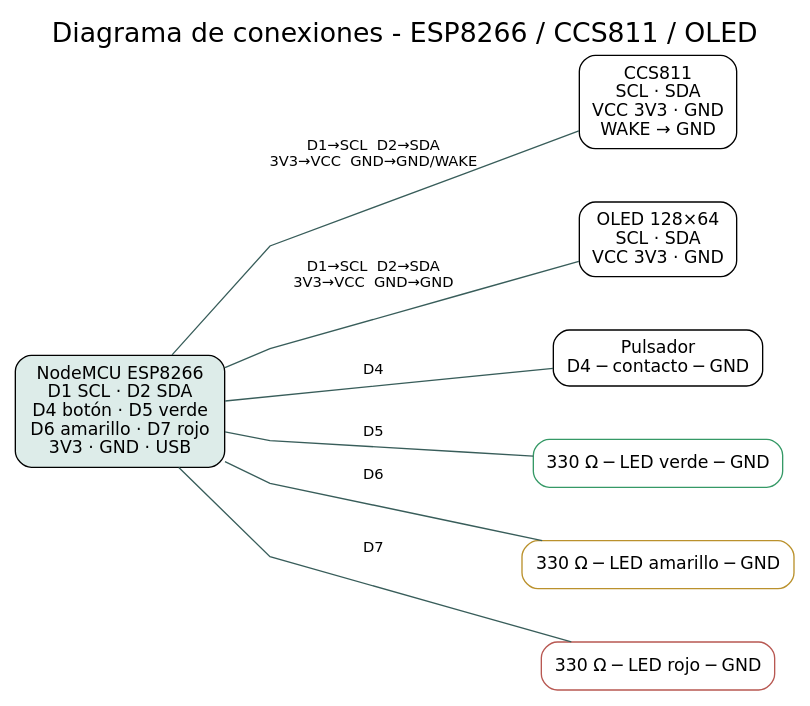
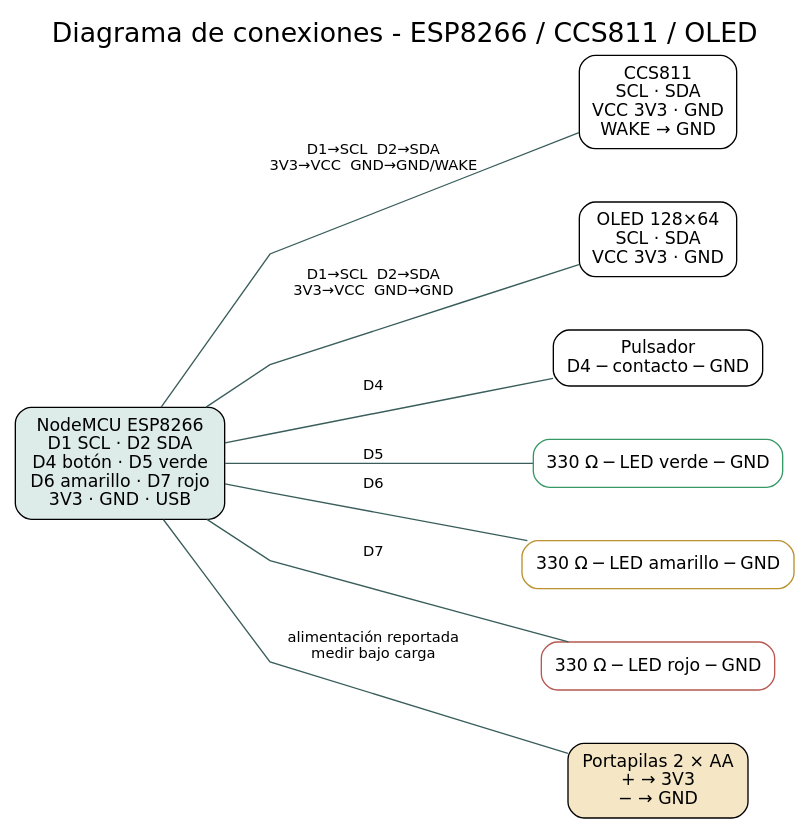
The diagram in hardware/esquematico.dot (GabrielGutierrez21/semaforo-co2-uai), drawn with Graphviz before and after one commit. The commit also changed 5 other files, not shown here.

```diff
--- a/hardware/esquematico.dot
+++ b/hardware/esquematico.dot
@@ -1,18 +1,20 @@
 graph circuito {
   graph [fontname="DejaVu Sans", rankdir=LR, splines=polyline, nodesep=.55, ranksep=.95, bgcolor="white", label="Diagrama de conexiones - ESP8266 / CCS811 / OLED", labelloc=t, fontsize=20];
   node [shape=box, style="rounded", fontname="DejaVu Sans", fontsize=13, margin="0.13,0.10"];
   edge [fontname="DejaVu Sans", fontsize=11, color="#385D5A"];
   esp [label="NodeMCU ESP8266\nD1 SCL · D2 SDA\nD4 botón · D5 verde\nD6 amarillo · D7 rojo\n3V3 · GND · USB", fillcolor="#DDECE9", style="rounded,filled"];
   ccs [label="CCS811\nSCL · SDA\nVCC 3V3 · GND\nWAKE → GND"];
   oled [label="OLED 128×64\nSCL · SDA\nVCC 3V3 · GND"];
   boton [label="Pulsador\nD4 ─ contacto ─ GND"];
   verde [label="330 Ω ─ LED verde ─ GND", color="#359966"];
   amarillo [label="330 Ω ─ LED amarillo ─ GND", color="#BA912C"];
   rojo [label="330 Ω ─ LED rojo ─ GND", color="#B85852"];
+  pilas [label="Portapilas 2 × AA\n+ → 3V3\n− → GND", fillcolor="#F5E7C5", style="rounded,filled"];
   esp -- ccs [label="D1→SCL  D2→SDA\n3V3→VCC  GND→GND/WAKE"];
   esp -- oled [label="D1→SCL  D2→SDA\n3V3→VCC  GND→GND"];
   esp -- boton [label="D4"];
   esp -- verde [label="D5"];
   esp -- amarillo [label="D6"];
   esp -- rojo [label="D7"];
+  esp -- pilas [label="alimentación reportada\nmedir bajo carga"];
 }
```
